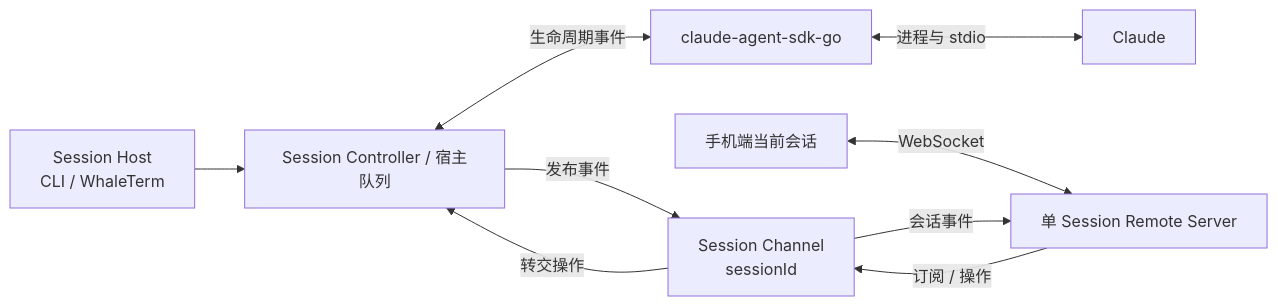
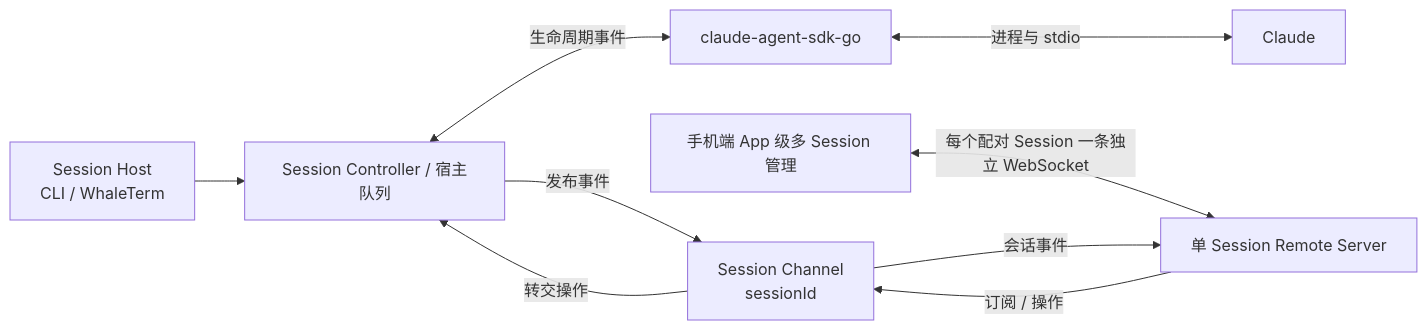
The second of 4 diagrams in REQUIREMENTS.md (tea4go/claude-mobile-remote), drawn with Mermaid before and after one commit. The commit also changed other lines of this file and 22 other files, not shown here.

````diff
--- a/REQUIREMENTS.md
+++ b/REQUIREMENTS.md
@@ -40,11 +40,11 @@
 ```mermaid
 flowchart LR
     H["Session Host<br/>CLI / WhaleTerm"] --> SC["Session Controller / 宿主队列"]
     SC <-->|"生命周期事件"| SDK["claude-agent-sdk-go"]
     SDK <-->|"进程与 stdio"| A["Claude"]
     SC -->|"发布事件"| CH["Session Channel<br/>sessionId"]
-    M["手机端当前会话"] <-->|"WebSocket"| W["单 Session Remote Server"]
+    M["手机端 App 级多 Session 管理"] <-->|"每个配对 Session 一条独立 WebSocket"| W["单 Session Remote Server"]
     W -->|"订阅 / 操作"| CH
     CH -->|"会话事件"| W
     CH -->|"转交操作"| SC
 ```
````
